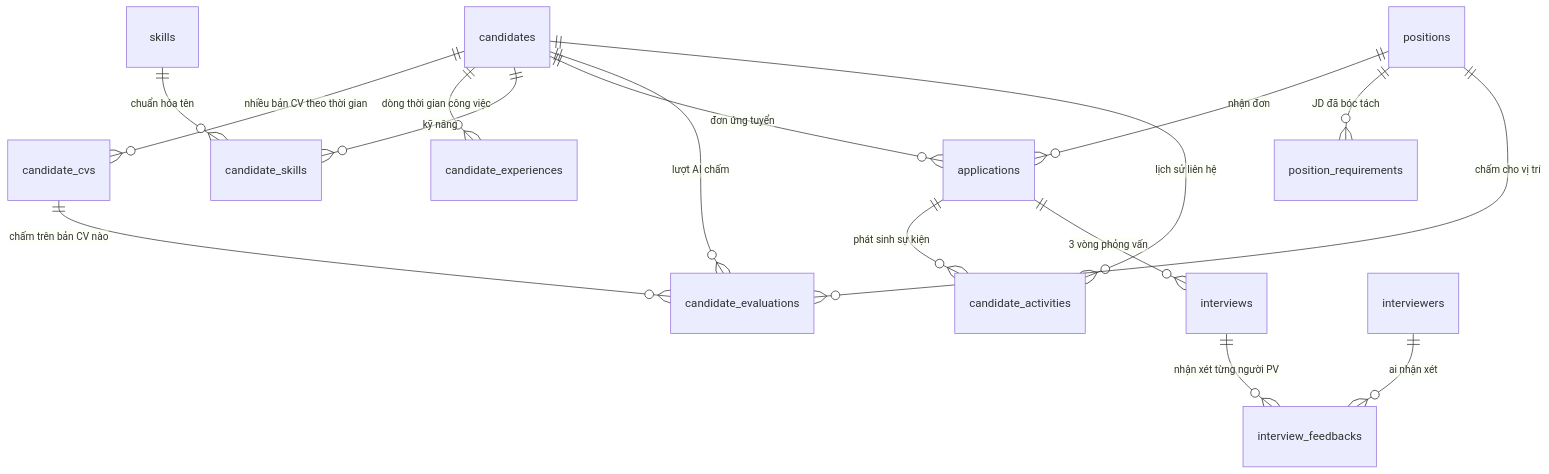
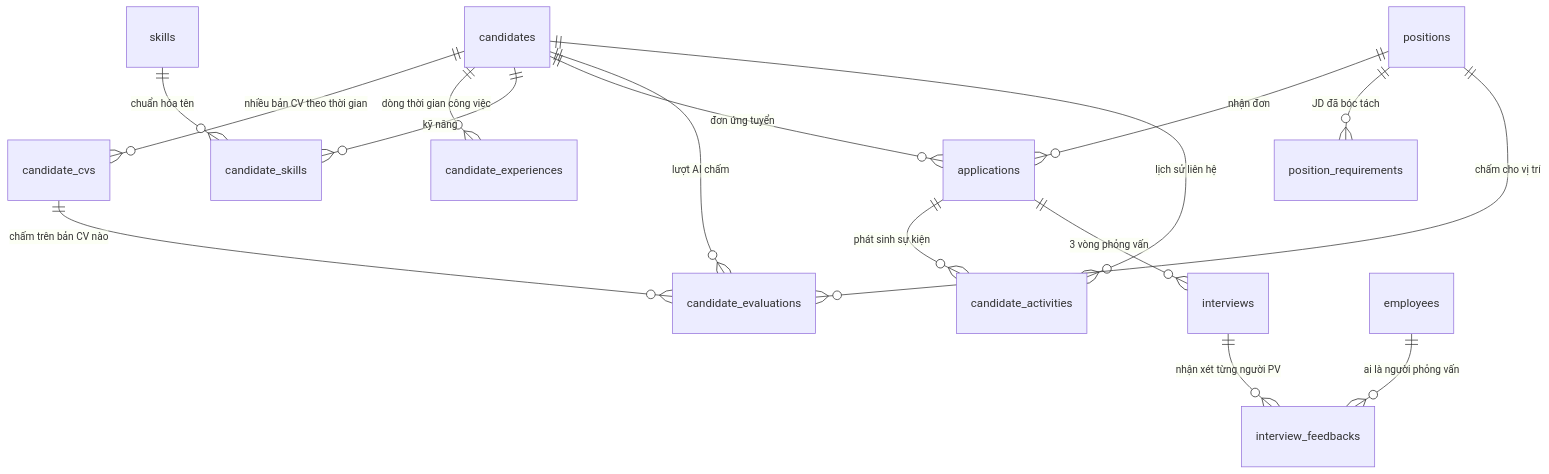
The second of 2 diagrams in docs/db_design.md (TuanAnhDinh123/personal-app), drawn with Mermaid before and after one commit. The commit also changed other lines of this file and 6 other files, not shown here.

````diff
--- a/docs/db_design.md
+++ b/docs/db_design.md
@@ -120,18 +119,18 @@
 ```mermaid
 erDiagram
     candidates    ||--o{ candidate_cvs         : "nhiều bản CV theo thời gian"
     candidates    ||--o{ candidate_experiences : "dòng thời gian công việc"
     candidates    ||--o{ candidate_skills      : "kỹ năng"
     candidates    ||--o{ applications          : "đơn ứng tuyển"
     candidates    ||--o{ candidate_evaluations : "lượt AI chấm"
     candidates    ||--o{ candidate_activities  : "lịch sử liên hệ"
     positions     ||--o{ applications          : "nhận đơn"
     positions     ||--o{ position_requirements : "JD đã bóc tách"
     positions     ||--o{ candidate_evaluations : "chấm cho vị trí"
     applications  ||--o{ candidate_activities  : "phát sinh sự kiện"
     applications  ||--o{ interviews            : "3 vòng phỏng vấn"
     interviews    ||--o{ interview_feedbacks   : "nhận xét từng người PV"
-    interviewers  ||--o{ interview_feedbacks   : "ai nhận xét"
+    employees     ||--o{ interview_feedbacks   : "ai là người phỏng vấn"
     candidate_cvs ||--o{ candidate_evaluations : "chấm trên bản CV nào"
     skills        ||--o{ candidate_skills      : "chuẩn hóa tên"
 ```
````
